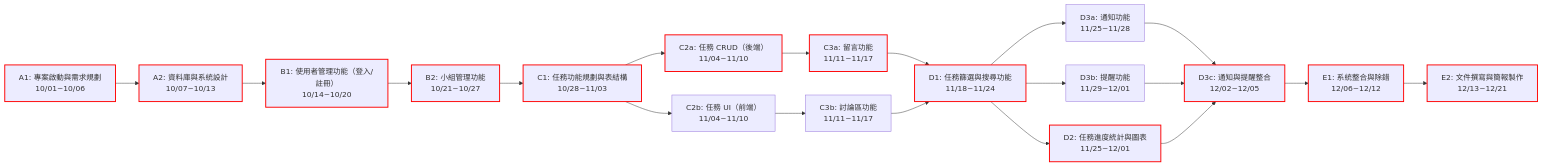
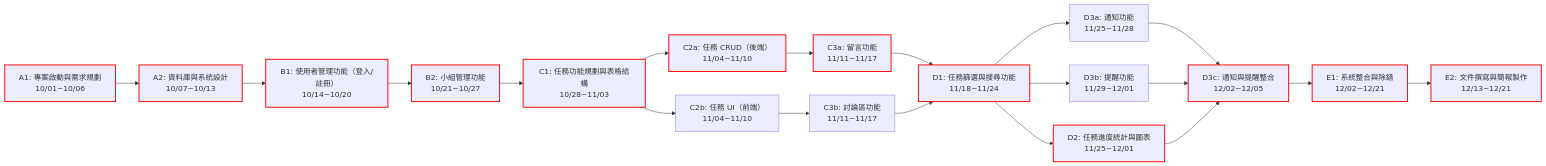
The second of 2 diagrams in 草稿.md (zhuang147/Task-Management), drawn with Mermaid before and after one commit.

````diff
--- a/草稿.md
+++ b/草稿.md
@@ -66,39 +66,39 @@
 ```mermaid
 flowchart LR
     %% 定義紅色線條 class
     classDef redLine stroke:#ff0000,stroke-width:2px;
 
     %% 階段一
     A1["A1: 專案啟動與需求規劃<br>10/01~10/06"] --> A2["A2: 資料庫與系統設計<br>10/07~10/13"]
 
     %% 階段二
     A2 --> B1["B1: 使用者管理功能（登入/註冊）<br>10/14~10/20"]
     B1 --> B2["B2: 小組管理功能<br>10/21~10/27"]
 
     %% 階段三
-    B2 --> C1["C1: 任務功能規劃與表結構<br>10/28~11/03"]
+    B2 --> C1["C1: 任務功能規劃與表格結構<br>10/28~11/03"]
     C1 --> C2a["C2a: 任務 CRUD（後端）<br>11/04~11/10"]
     C1 --> C2b["C2b: 任務 UI（前端）<br>11/04~11/10"]
     C2a --> C3a["C3a: 留言功能<br>11/11~11/17"]
     C2b --> C3b["C3b: 討論區功能<br>11/11~11/17"]
 
     %% 階段四
     C3a --> D1["D1: 任務篩選與搜尋功能<br>11/18~11/24"]
     C3b --> D1
     D1 --> D2["D2: 任務進度統計與圖表<br>11/25~12/01"]
     D1 --> D3a["D3a: 通知功能<br>11/25~11/28"]
     D1 --> D3b["D3b: 提醒功能<br>11/29~12/01"]
 
     %% D2 也連到 D3c
     D3a --> D3c["D3c: 通知與提醒整合<br>12/02~12/05"]
     D3b --> D3c
     D2 --> D3c
 
     %% 階段五
-    D3c --> E1["E1: 系統整合與除錯<br>12/06~12/12"]
+    D3c --> E1["E1: 系統整合與除錯<br>12/02~12/21"]
     E1 --> E2["E2: 文件撰寫與簡報製作<br>12/13~12/21"]
 
     %% 標記紅線 (關鍵路徑)
     class A1,A2,B1,B2,C1,C2a,C3a,D1,D2,D3c,E1,E2 redLine;
 
 ```
````
